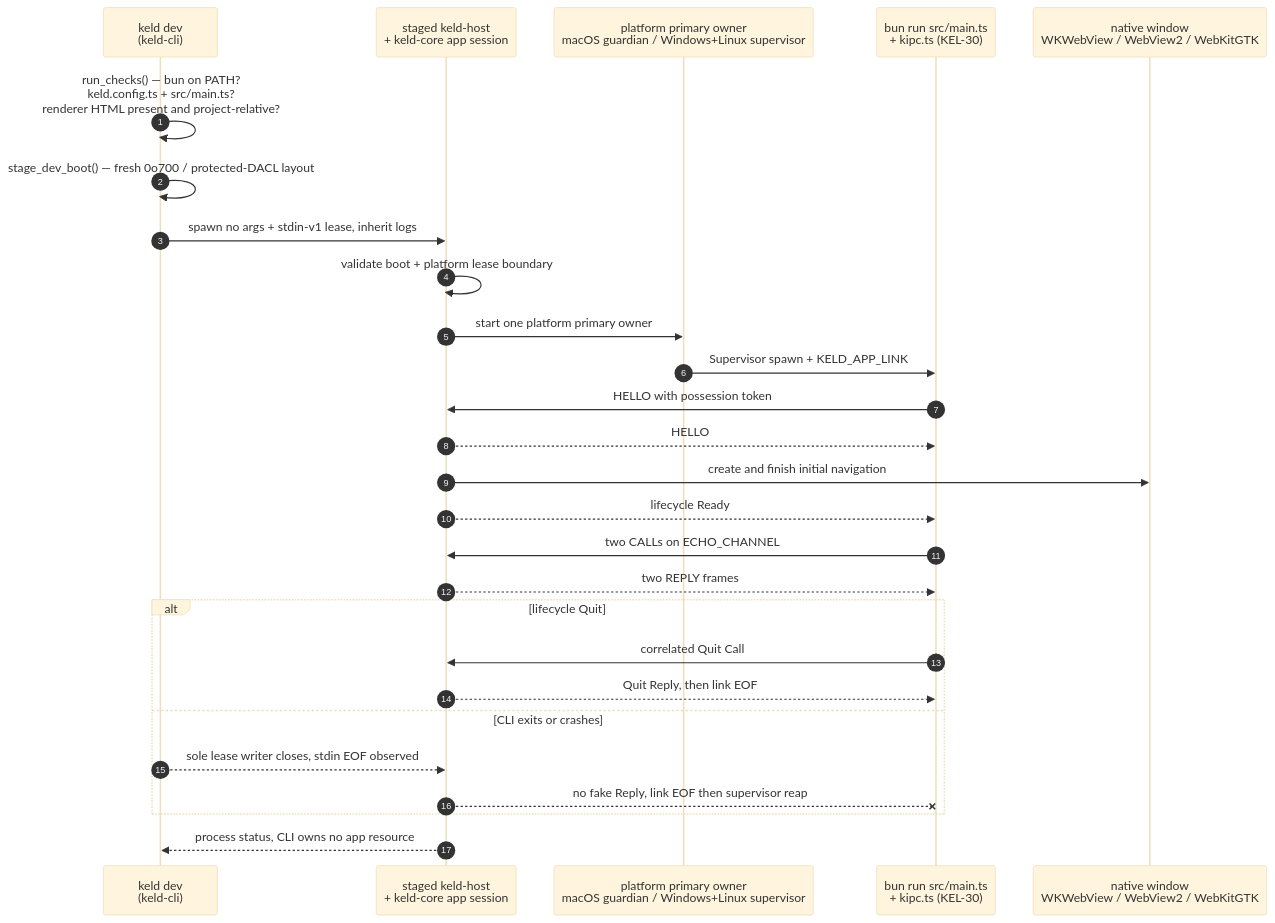
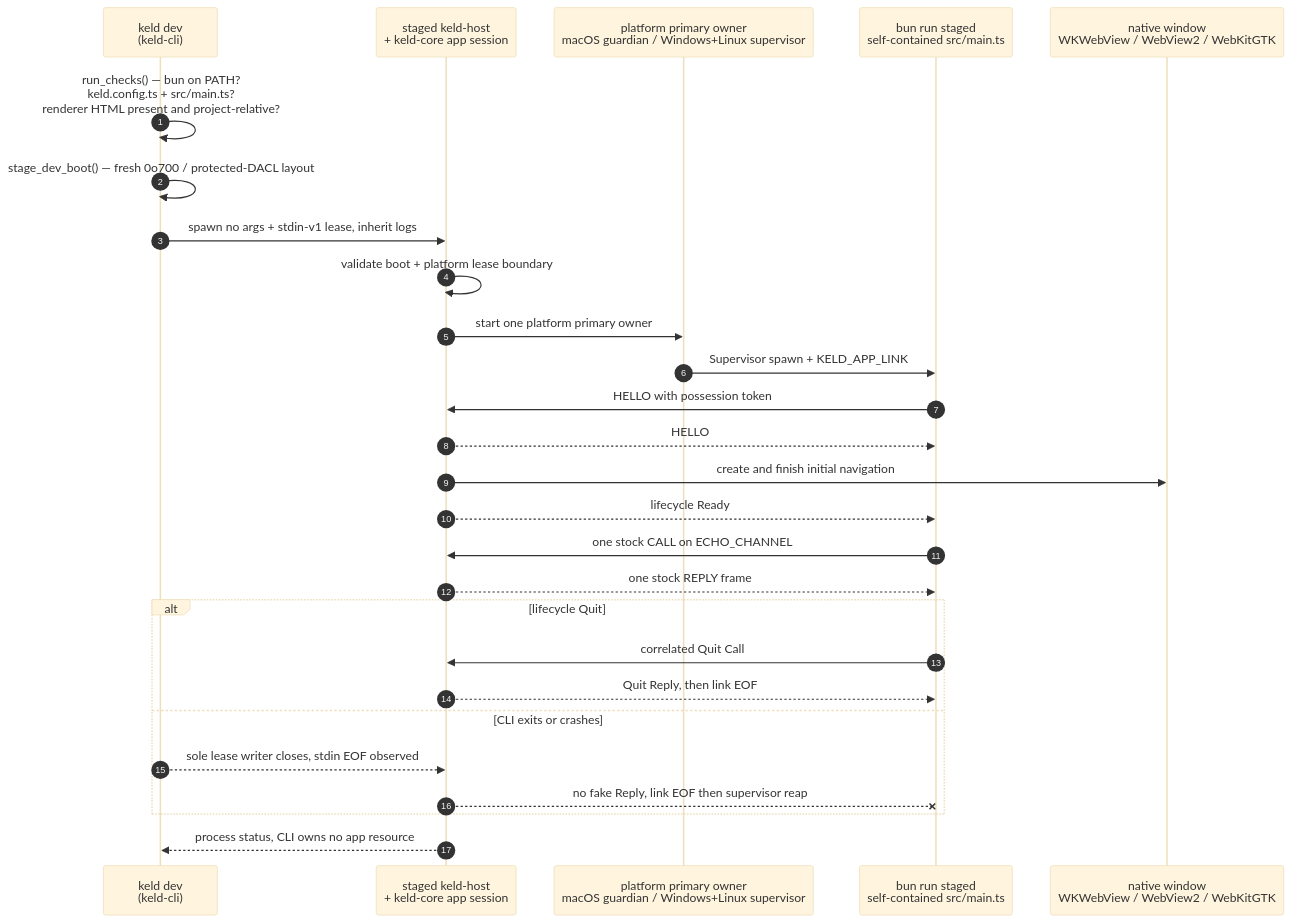
Before and after one commit to gyldlab/keld: the second of 3 diagrams in docs/onboarding/02-architecture-guide.md, drawn with Mermaid (base theme). The commit also changed other lines of this file and 13 other files, not shown here.

First line of the commit message:
fix(cli): make staged hello entry self-contained (#149)

````diff
--- a/docs/onboarding/02-architecture-guide.md
+++ b/docs/onboarding/02-architecture-guide.md
@@ -258,36 +258,36 @@
 ```mermaid
 sequenceDiagram
     accTitle: Current cross-platform keld dev delegated host flow
     accDescr {
       The live macOS, Windows, and Linux CLI compiles an owner-private stage and launches a no-flag host.
       The host owns the authenticated app link, platform-supervised Bun child and native
       window. CLI lease loss and lifecycle Quit converge on the host's ordered teardown.
     }
     autonumber
     participant CLI as keld dev<br/>(keld-cli)
     participant Host as staged keld-host<br/>+ keld-core app session
     participant Owner as platform primary owner<br/>macOS guardian / Windows+Linux supervisor
-    participant Bun as bun run src/main.ts<br/>+ kipc.ts (KEL-30)
+    participant Bun as bun run staged<br/>self-contained src/main.ts
     participant Win as native window<br/>WKWebView / WebView2 / WebKitGTK
 
     CLI->>CLI: run_checks() — bun on PATH?<br/>keld.config.ts + src/main.ts?<br/>renderer HTML present and project-relative?
     CLI->>CLI: stage_dev_boot() — fresh 0o700 / protected-DACL layout
     CLI->>Host: spawn no args + stdin-v1 lease, inherit logs
     Host->>Host: validate boot + platform lease boundary
     Host->>Owner: start one platform primary owner
     Owner->>Bun: Supervisor spawn + KELD_APP_LINK
     Bun->>Host: HELLO with possession token
     Host-->>Bun: HELLO
     Host->>Win: create and finish initial navigation
     Host-->>Bun: lifecycle Ready
-    Bun->>Host: two CALLs on ECHO_CHANNEL
-    Host-->>Bun: two REPLY frames
+    Bun->>Host: one stock CALL on ECHO_CHANNEL
+    Host-->>Bun: one stock REPLY frame
     alt lifecycle Quit
         Bun->>Host: correlated Quit Call
         Host-->>Bun: Quit Reply, then link EOF
     else CLI exits or crashes
         CLI-->>Host: sole lease writer closes, stdin EOF observed
         Host--xBun: no fake Reply, link EOF then supervisor reap
     end
     Host-->>CLI: process status, CLI owns no app resource
 ```
````
